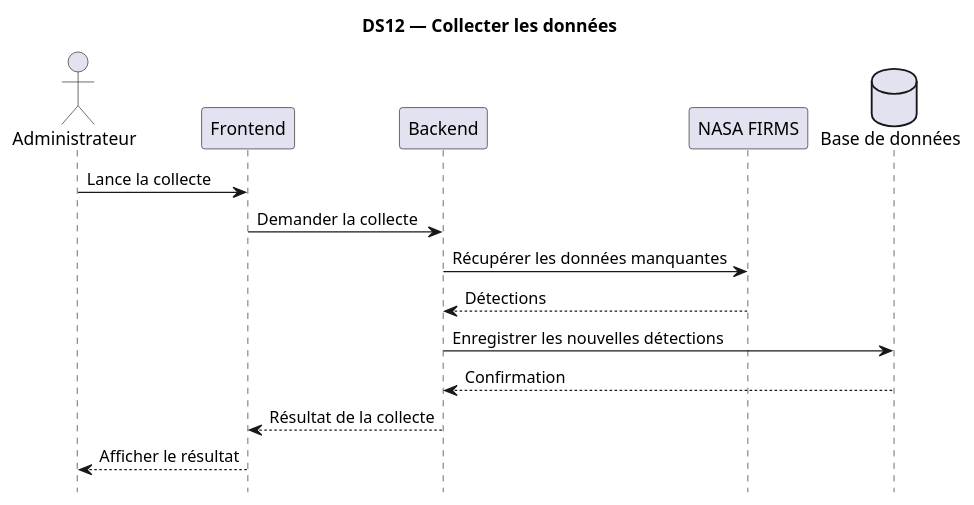
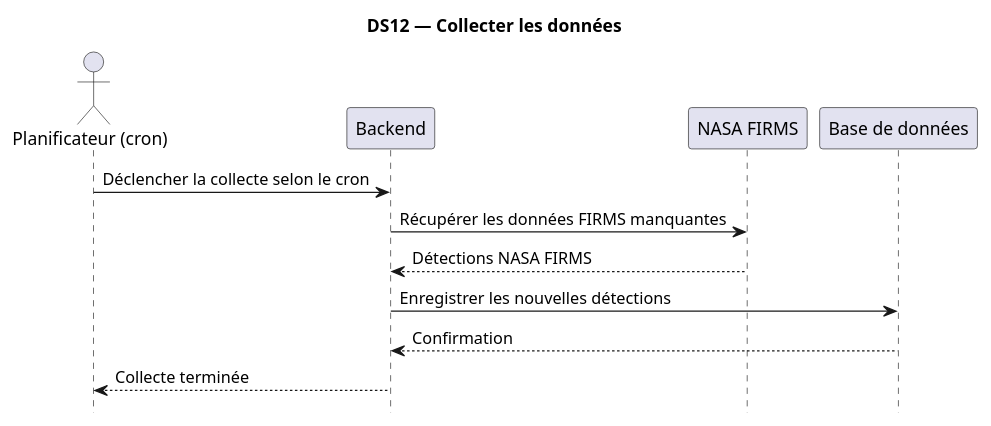
One commit to TkAbeleon/NoteAcemiqueProjetSoutenanceL3 changed the diagram in UML_JeryMotro/DS12_Collecter_donnees.plantuml. Above: the diagram before and after it, drawn with PlantUML.

Commit message:
Corriger DS12 pour représenter la collecte automatique déclenchée par cron

```diff
--- a/UML_JeryMotro/DS12_Collecter_donnees.plantuml
+++ b/UML_JeryMotro/DS12_Collecter_donnees.plantuml
@@ -1,22 +1,19 @@
 @startuml
 
 title DS12 — Collecter les données
 hide footbox
 skinparam shadowing false
 
-actor "Administrateur" as A
-participant "Frontend" as F
+actor "Planificateur (cron)" as C
 participant "Backend" as B
 participant "NASA FIRMS" as N
-database "Base de données" as DB
+participant "Base de données" as DB
 
-A -> F : Lance la collecte
-F -> B : Demander la collecte
-B -> N : Récupérer les données manquantes
-N --> B : Détections
+C -> B : Déclencher la collecte selon le cron
+B -> N : Récupérer les données FIRMS manquantes
+N --> B : Détections NASA FIRMS
 B -> DB : Enregistrer les nouvelles détections
 DB --> B : Confirmation
-B --> F : Résultat de la collecte
-F --> A : Afficher le résultat
+B --> C : Collecte terminée
 
 @enduml
```
